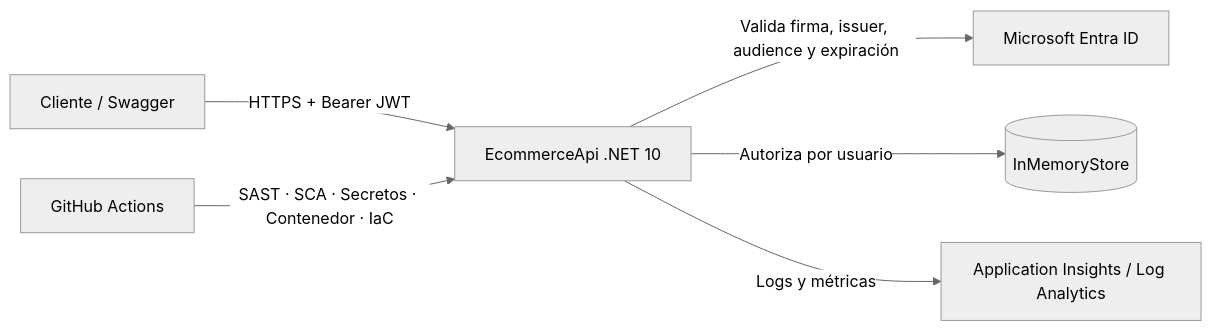
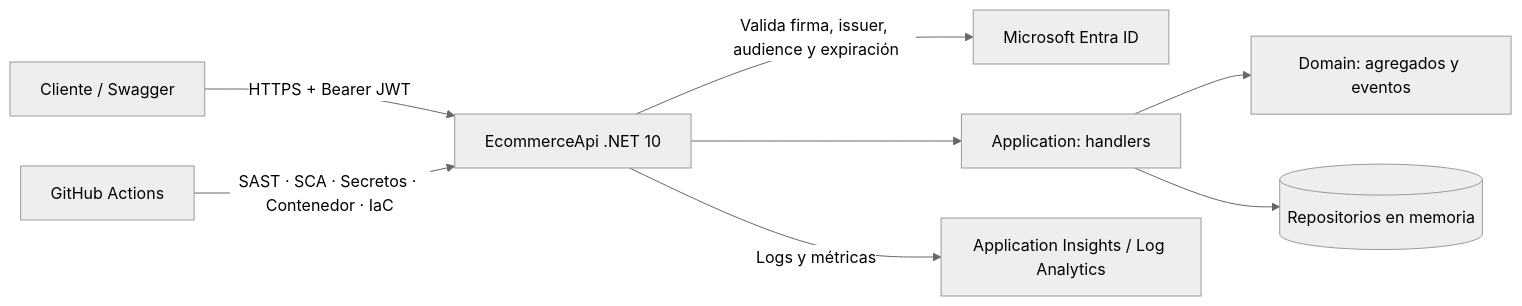
The diagram in README.md (lanuzalorenzo/lab-api-local-azure), drawn with Mermaid (neutral theme) before and after one commit. The commit also changed other lines of this file and 4 other files, not shown here.

Commit message:
docs(repo): update architecture and testing documentation

````diff
--- a/README.md
+++ b/README.md
@@ -32,8 +36,10 @@
 ```mermaid
 flowchart LR
     C[Cliente / Swagger] -->|HTTPS + Bearer JWT| API[EcommerceApi .NET 10]
     API -->|Valida firma, issuer, audience y expiración| ENTRA[Microsoft Entra ID]
-    API -->|Autoriza por usuario| STORE[(InMemoryStore)]
+    API --> APP[Application: handlers]
+    APP --> DOM[Domain: agregados y eventos]
+    APP --> REPO[(Repositorios en memoria)]
     API -->|Logs y métricas| OBS[Application Insights / Log Analytics]
     CI[GitHub Actions] -->|SAST · SCA · Secretos · Contenedor · IaC| API
 ```
````
